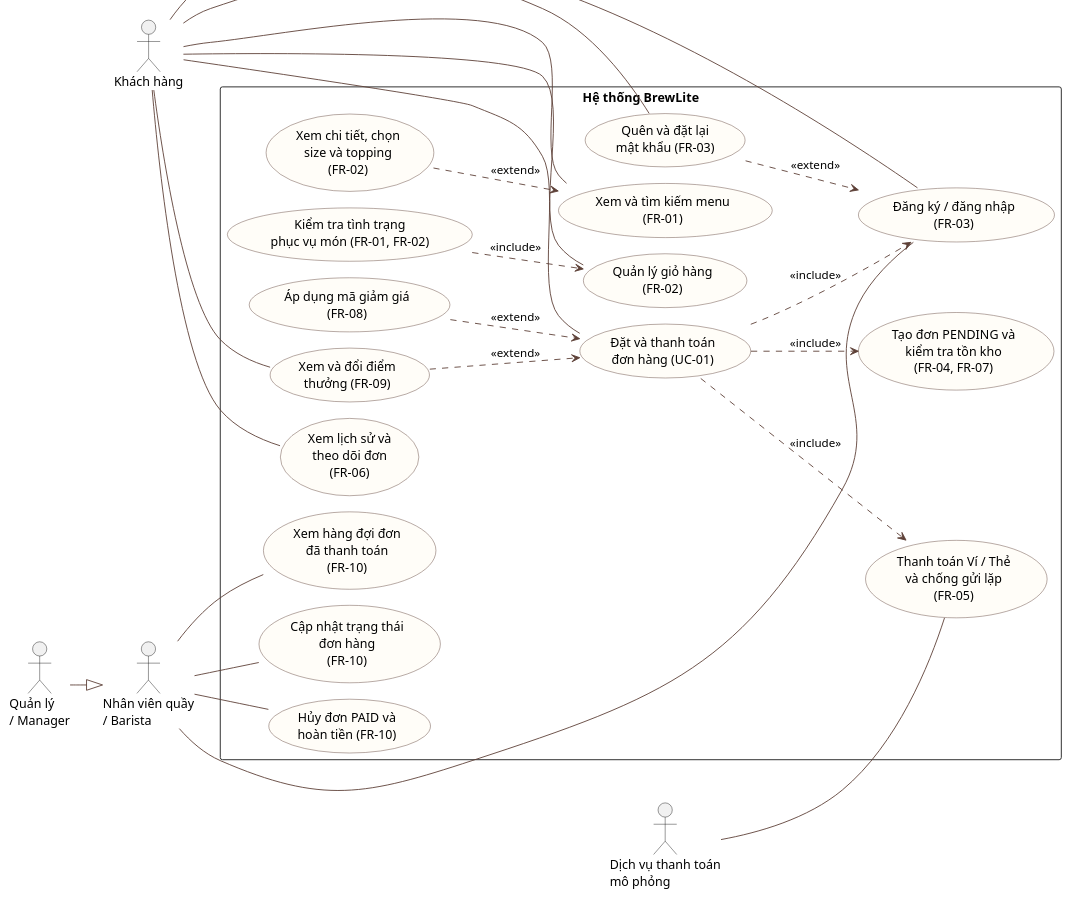
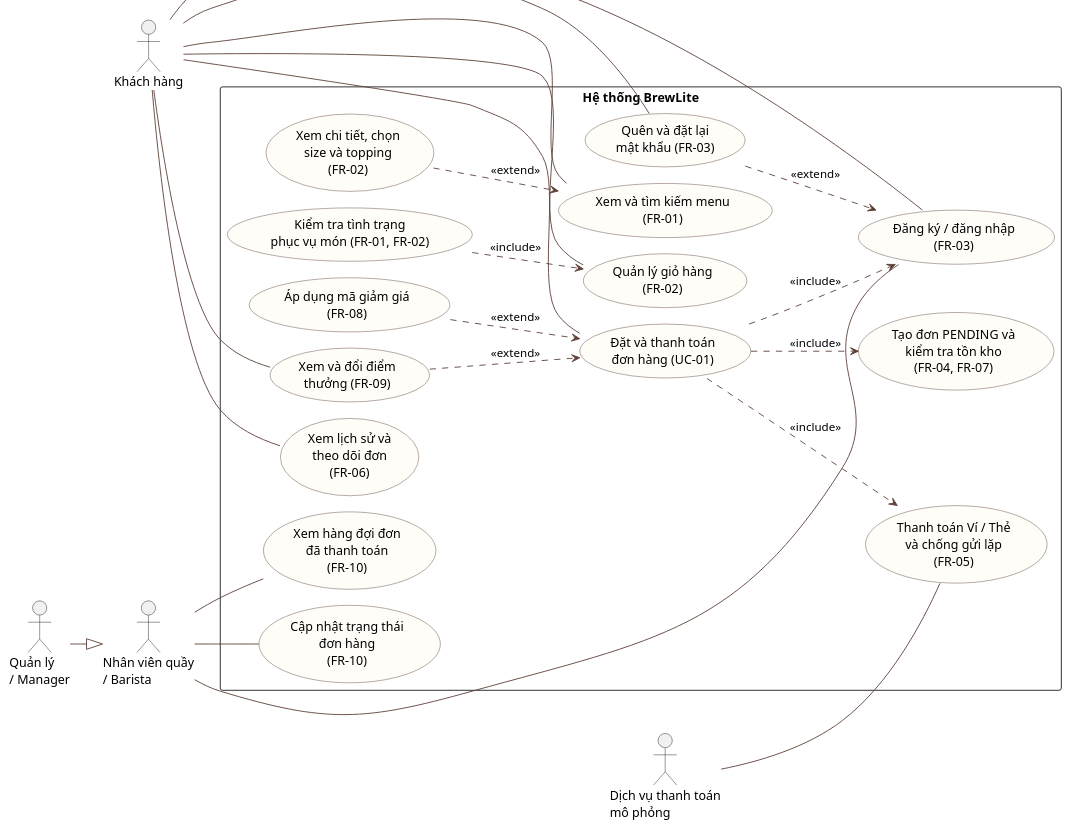
Before and after one commit to giakhoi0123/Brewlite_swe_project2: the diagram in docs/diagrams/usecase-tongquat.puml, drawn with PlantUML. The commit also changed 16 other files, not shown here.

Commit message:
docs(payment): align VNPay contracts and diagrams

```diff
--- a/docs/diagrams/usecase-tongquat.puml
+++ b/docs/diagrams/usecase-tongquat.puml
@@ -1,74 +1,72 @@
 @startuml
 !pragma layout smetana
 left to right direction
 
 skinparam shadowing false
 skinparam packageStyle rectangle
 skinparam defaultFontName "Noto Sans"
 
 skinparam usecase {
   BackgroundColor #FFFDF8
   BorderColor #5D4037
   ArrowColor #5D4037
 }
 
 actor "Khách hàng" as Customer
 actor "Nhân viên quầy\n/ Barista" as Barista
 actor "Quản lý\n/ Manager" as Manager
 actor "Dịch vụ thanh toán\nmô phỏng" as Gateway
 
 Manager --|> Barista
 
 rectangle "Hệ thống BrewLite" {
   usecase "Xem và tìm kiếm menu\n(FR-01)" as UC_Menu
   usecase "Xem chi tiết, chọn\nsize và topping\n(FR-02)" as UC_Detail
   usecase "Quản lý giỏ hàng\n(FR-02)" as UC_Cart
   usecase "Kiểm tra tình trạng\nphục vụ món (FR-01, FR-02)" as UC_Availability
 
   usecase "Đăng ký / đăng nhập\n(FR-03)" as UC_Auth
   usecase "Quên và đặt lại\nmật khẩu (FR-03)" as UC_Forgot
 
   usecase "Đặt và thanh toán\nđơn hàng (UC-01)" as UC_Checkout
   usecase "Tạo đơn PENDING và\nkiểm tra tồn kho\n(FR-04, FR-07)" as UC_Order
   usecase "Thanh toán Ví / Thẻ\nvà chống gửi lặp\n(FR-05)" as UC_Payment
   usecase "Áp dụng mã giảm giá\n(FR-08)" as UC_Promo
   usecase "Xem và đổi điểm\nthưởng (FR-09)" as UC_Loyalty
 
   usecase "Xem lịch sử và\ntheo dõi đơn\n(FR-06)" as UC_History
 
   usecase "Xem hàng đợi đơn\nđã thanh toán\n(FR-10)" as UC_Queue
   usecase "Cập nhật trạng thái\nđơn hàng\n(FR-10)" as UC_Status
-  usecase "Hủy đơn PAID và\nhoàn tiền (FR-10)" as UC_CancelPaid
 }
 
 ' Chức năng của khách hàng
 Customer -- UC_Menu
 Customer -- UC_Cart
 Customer -- UC_Auth
 Customer -- UC_Forgot
 Customer -- UC_Checkout
 Customer -- UC_History
 Customer -- UC_Loyalty
 
 ' Chức năng của nhân viên quầy & quản lý
 Barista -- UC_Auth
 Barista -- UC_Queue
 Barista -- UC_Status
-Barista -- UC_CancelPaid
 
 ' Hệ thống thanh toán bên ngoài
 Gateway -- UC_Payment
 
 ' Quan hệ include / extend
 UC_Detail ..> UC_Menu : <<extend>>
 UC_Availability ..> UC_Cart : <<include>>
 UC_Forgot ..> UC_Auth : <<extend>>
 
 UC_Checkout ..> UC_Auth : <<include>>
 UC_Checkout ..> UC_Order : <<include>>
 UC_Checkout ..> UC_Payment : <<include>>
 
 UC_Promo ..> UC_Checkout : <<extend>>
 UC_Loyalty ..> UC_Checkout : <<extend>>
 
 @enduml
```
